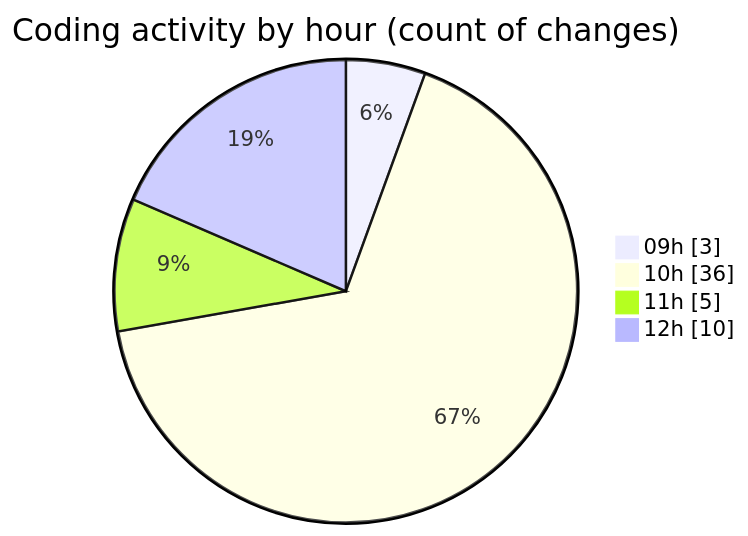
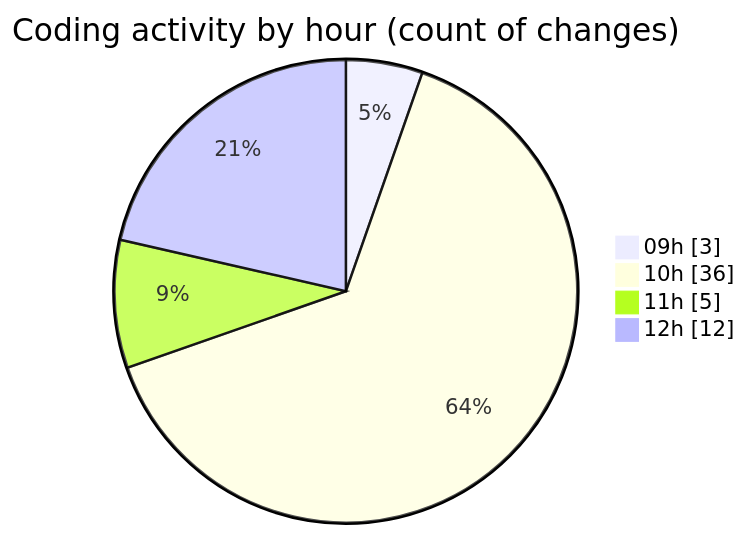
Before and after one commit to momahboobian/code-tracking: the second of 2 diagrams in 2026-02-17/cda/README.md, drawn with Mermaid. The commit also changed other lines of this file and 1 other file, not shown here.

````diff
--- a/2026-02-17/cda/README.md
+++ b/2026-02-17/cda/README.md
@@ -41,8 +41,8 @@
 ```mermaid
 pie showData
 title Coding activity by hour (count of changes)
 "09h" : 3
 "10h" : 36
 "11h" : 5
-"12h" : 10
+"12h" : 12
 ```
````
